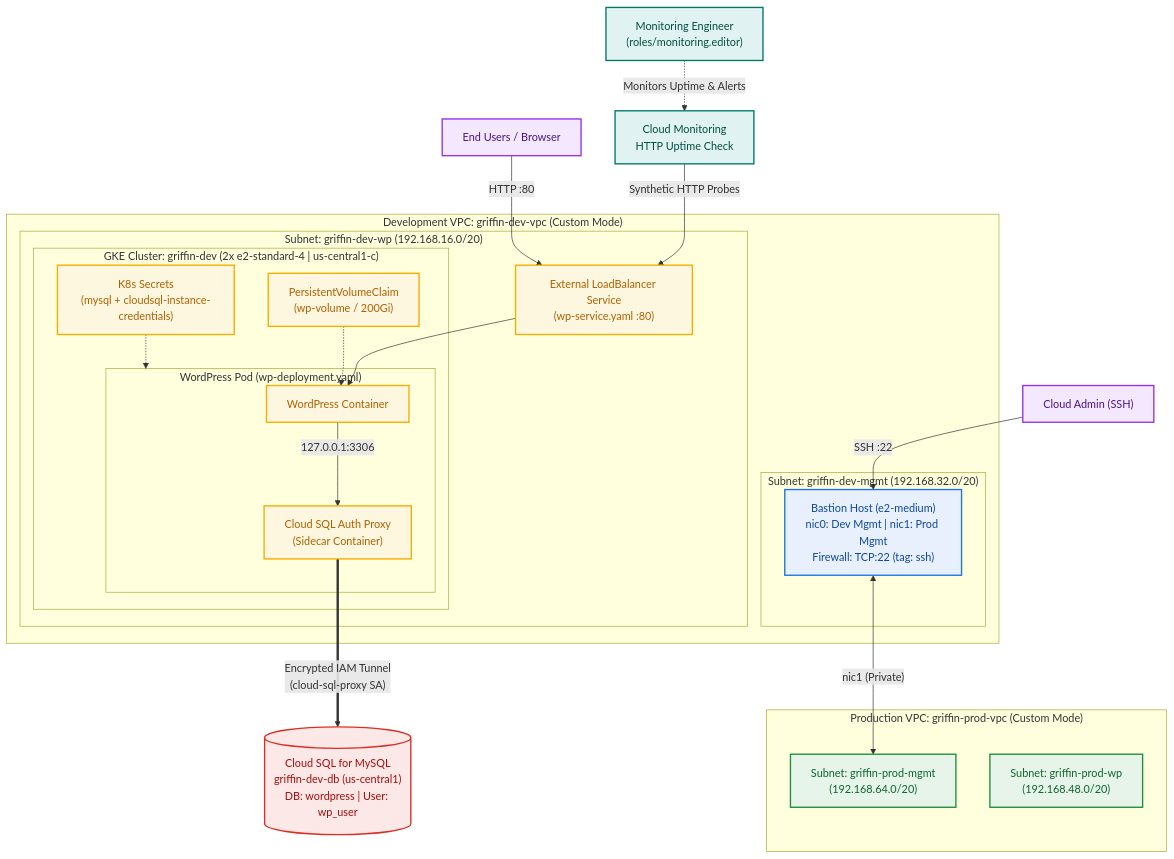
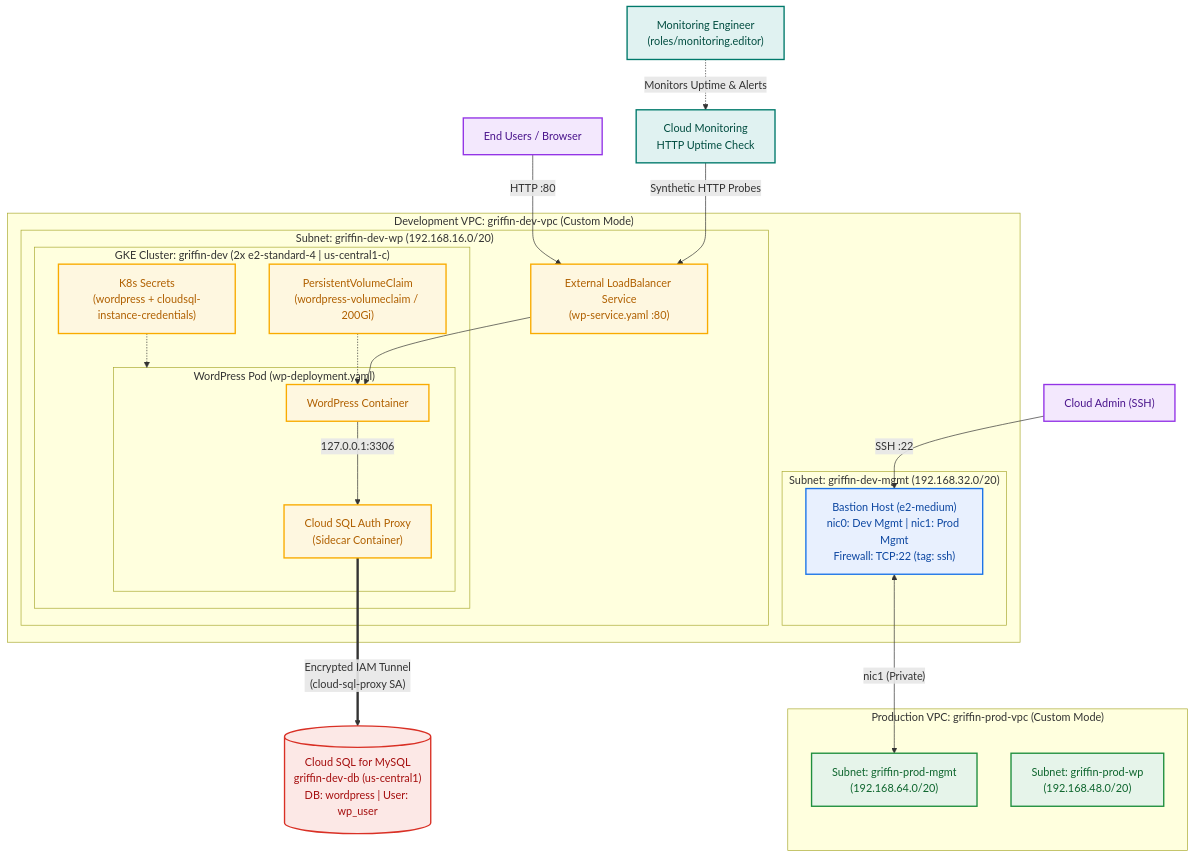
Before and after one commit to adrianjadev/gcp-multi-vpc-gke-wordpress-deployment: the diagram in README.md, drawn with Mermaid. The commit also changed other lines of this file and 1 other file, not shown here.

````diff
--- a/README.md
+++ b/README.md
@@ -11,50 +11,50 @@
 ```mermaid
 graph TB
     classDef external fill:#f3e8fd,stroke:#9334e6,stroke-width:2px,color:#4a148c
     classDef devvpc fill:#e8f0fe,stroke:#1a73e8,stroke-width:2px,color:#0d47a1
     classDef prodvpc fill:#e6f4ea,stroke:#1e8e3e,stroke-width:2px,color:#0d652d
     classDef k8s fill:#fef7e0,stroke:#f9ab00,stroke-width:2px,color:#b06000
     classDef sql fill:#fce8e6,stroke:#d93025,stroke-width:2px,color:#a50e0e
     classDef ops fill:#e0f2f1,stroke:#00796b,stroke-width:2px,color:#004d40
 
     Users["End Users / Browser"]:::external
     Admin["Cloud Admin (SSH)"]:::external
     Eng2["Monitoring Engineer<br/>(roles/monitoring.editor)"]:::ops
     Uptime["Cloud Monitoring<br/>HTTP Uptime Check"]:::ops
 
     subgraph DevVPC ["Development VPC: griffin-dev-vpc (Custom Mode)"]
         subgraph DevMgmt ["Subnet: griffin-dev-mgmt (192.168.32.0/20)"]
             Bastion["Bastion Host (e2-medium)<br/>nic0: Dev Mgmt | nic1: Prod Mgmt<br/>Firewall: TCP:22 (tag: ssh)"]:::devvpc
         end
 
         subgraph DevWP ["Subnet: griffin-dev-wp (192.168.16.0/20)"]
             LB["External LoadBalancer Service<br/>(wp-service.yaml :80)"]:::k8s
             subgraph GKE ["GKE Cluster: griffin-dev (2x e2-standard-4 | us-central1-c)"]
                 subgraph Pod ["WordPress Pod (wp-deployment.yaml)"]
                     WP["WordPress Container"]:::k8s
                     Proxy["Cloud SQL Auth Proxy<br/>(Sidecar Container)"]:::k8s
                     WP -->|"127.0.0.1:3306"| Proxy
                 end
-                Secrets["K8s Secrets<br/>(mysql + cloudsql-instance-credentials)"]:::k8s
-                PVC["PersistentVolumeClaim<br/>(wp-volume / 200Gi)"]:::k8s
+                Secrets["K8s Secrets<br/>(wordpress + cloudsql-instance-credentials)"]:::k8s
+                PVC["PersistentVolumeClaim<br/>(wordpress-volumeclaim / 200Gi)"]:::k8s
                 Secrets -.-> Pod
                 PVC -.-> WP
             end
             LB --> WP
         end
     end
 
     subgraph ProdVPC ["Production VPC: griffin-prod-vpc (Custom Mode)"]
         ProdMgmt["Subnet: griffin-prod-mgmt<br/>(192.168.64.0/20)"]:::prodvpc
         ProdWP["Subnet: griffin-prod-wp<br/>(192.168.48.0/20)"]:::prodvpc
     end
 
     CloudSQL[("Cloud SQL for MySQL<br/>griffin-dev-db (us-central1)<br/>DB: wordpress | User: wp_user")]:::sql
 
     Users -->|"HTTP :80"| LB
     Uptime -->|"Synthetic HTTP Probes"| LB
     Eng2 -.->|"Monitors Uptime & Alerts"| Uptime
     Admin -->|"SSH :22"| Bastion
     Bastion <-->|"nic1 (Private)"| ProdMgmt
     Proxy ==>|"Encrypted IAM Tunnel<br/>(cloud-sql-proxy SA)"| CloudSQL
 ```
````
